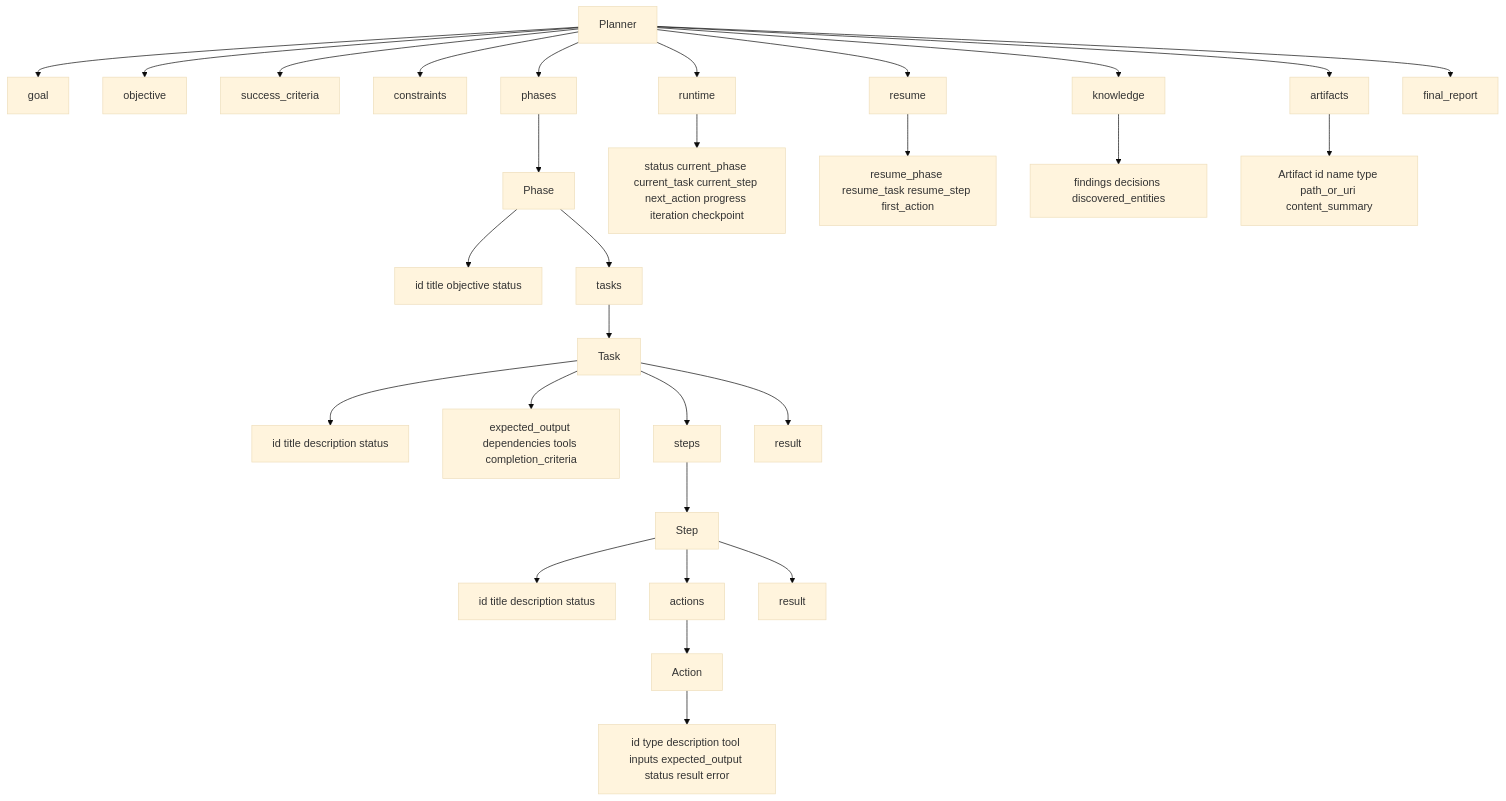
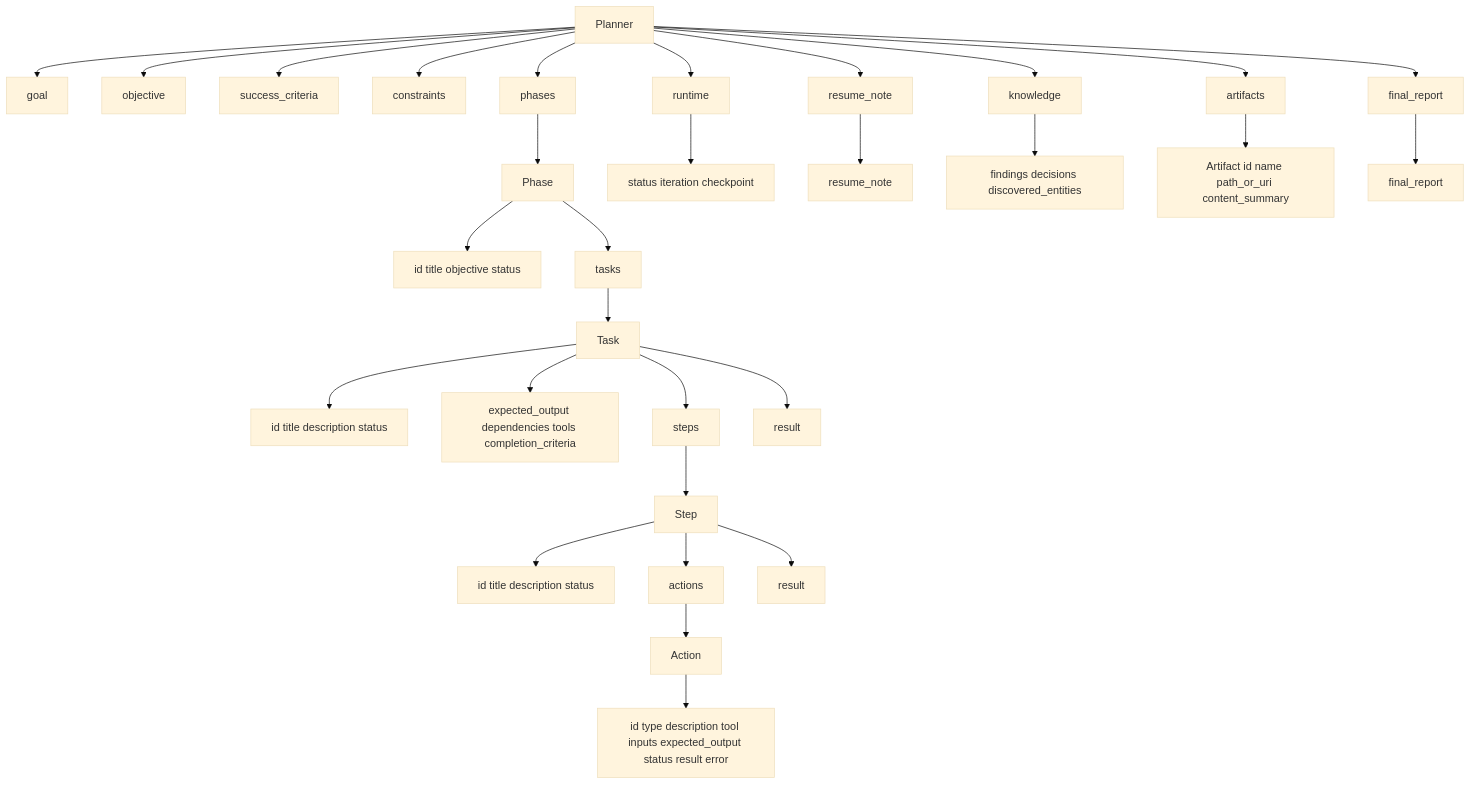
The diagram in backend/src/agents/prompt_files/company_finder_planner.md (Roshan-yadav-evil-genius/TheOneEye-LOOP-Autonomous-Prospect-Finder-v2), drawn with Mermaid (base theme) before and after one commit. The commit also changed other lines of this file and 6 other files, not shown here.

Commit message:
refactor: simplify planner state by removing explicit progress tracking and redundant resume/metadata fields

````diff
--- a/backend/src/agents/prompt_files/company_finder_planner.md
+++ b/backend/src/agents/prompt_files/company_finder_planner.md
@@ -60,37 +60,38 @@
 ```mermaid
 graph TD
     Planner[Planner]
     Planner --> Goal[goal]
     Planner --> Objective[objective]
     Planner --> SuccessCriteria[success_criteria]
     Planner --> Constraints[constraints]
     Planner --> Phases[phases]
     Planner --> Runtime[runtime]
-    Planner --> Resume[resume]
+    Planner --> ResumeNote[resume_note]
     Planner --> Knowledge[knowledge]
     Planner --> Artifacts[artifacts]
     Planner --> FinalReport[final_report]
 
     Phases --> Phase[Phase]
     Phase --> PhaseMeta[id title objective status]
     Phase --> Tasks[tasks]
 
     Tasks --> Task[Task]
     Task --> TaskMeta[id title description status]
     Task --> TaskSpec[expected_output dependencies tools completion_criteria]
     Task --> Steps[steps]
     Task --> TaskResult[result]
 
     Steps --> Step[Step]
     Step --> StepMeta[id title description status]
     Step --> Actions[actions]
     Step --> StepResult[result]
 
     Actions --> Action[Action]
     Action --> ActionFields[id type description tool inputs expected_output status result error]
 
-    Runtime --> RuntimeFields[status current_phase current_task current_step next_action progress iteration checkpoint]
-    Resume --> ResumeFields[resume_phase resume_task resume_step first_action]
+    Runtime --> RuntimeFields[status iteration checkpoint]
+    ResumeNote --> ResumeNoteField[resume_note]
     Knowledge --> KnowledgeFields[findings decisions discovered_entities]
-    Artifacts --> Artifact[Artifact id name type path_or_uri content_summary]
+    Artifacts --> Artifact[Artifact id name path_or_uri content_summary]
+    FinalReport --> FinalReportFields[final_report]
 ```
````
